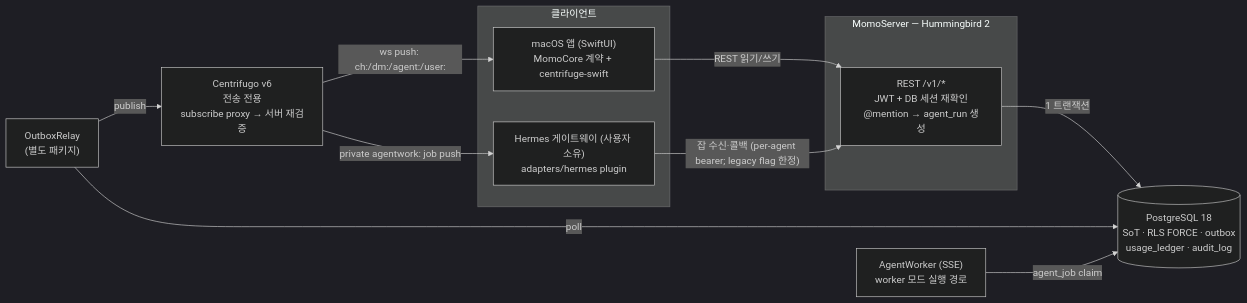
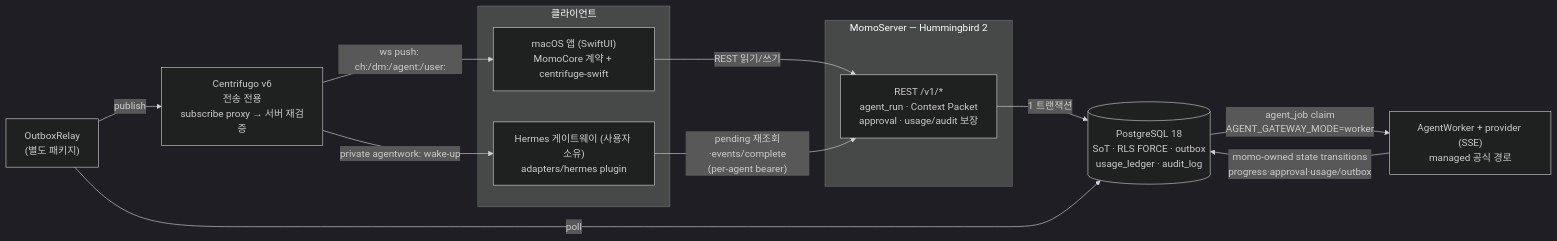
One commit to yeomyeonggeori/oort changed the first of 3 diagrams in docs/architecture/overview.md. Above: the diagram before and after it, drawn with Mermaid (dark theme). The commit also changed other lines of this file and 10 other files, not shown here.

````diff
--- a/docs/architecture/overview.md
+++ b/docs/architecture/overview.md
@@ -17,23 +17,24 @@
 ```mermaid
 flowchart LR
     subgraph clients [클라이언트]
         MAC["macOS 앱 (SwiftUI)<br/>MomoCore 계약 + centrifuge-swift"]
         HG["Hermes 게이트웨이 (사용자 소유)<br/>adapters/hermes plugin"]
     end
     subgraph server [MomoServer — Hummingbird 2]
-        API["REST /v1/*<br/>JWT + DB 세션 재확인<br/>@mention → agent_run 생성"]
+        API["REST /v1/*<br/>agent_run · Context Packet<br/>approval · usage/audit 보장"]
     end
     PG[("PostgreSQL 18<br/>SoT · RLS FORCE · outbox<br/>usage_ledger · audit_log")]
     RELAY["OutboxRelay<br/>(별도 패키지)"]
     CENT["Centrifugo v6<br/>전송 전용<br/>subscribe proxy → 서버 재검증"]
-    AW["AgentWorker (SSE)<br/>worker 모드 실행 경로"]
+    AW["AgentWorker + provider (SSE)<br/>managed 공식 경로"]
 
     MAC -->|REST 읽기/쓰기| API
-        HG -->|"잡 수신·콜백 (per-agent bearer; legacy flag 한정)"| API
+    HG -->|"pending 재조회·events/complete<br/>(per-agent bearer)"| API
     API -->|1 트랜잭션| PG
     RELAY -->|poll| PG
     RELAY -->|publish| CENT
     CENT -->|"ws push: ch:/dm:/agent:/user:"| MAC
-    CENT -->|"private agentwork: job push"| HG
-    AW -->|agent_job claim| PG
+    CENT -->|"private agentwork: wake-up"| HG
+    PG -->|"agent_job claim<br/>AGENT_GATEWAY_MODE=worker"| AW
+    AW -->|"momo-owned state transitions<br/>progress·approval·usage/outbox"| PG
 ```
````
